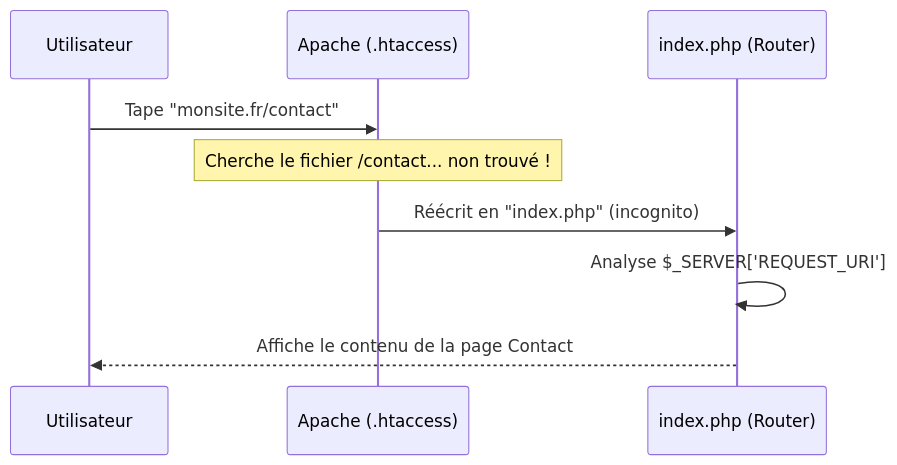
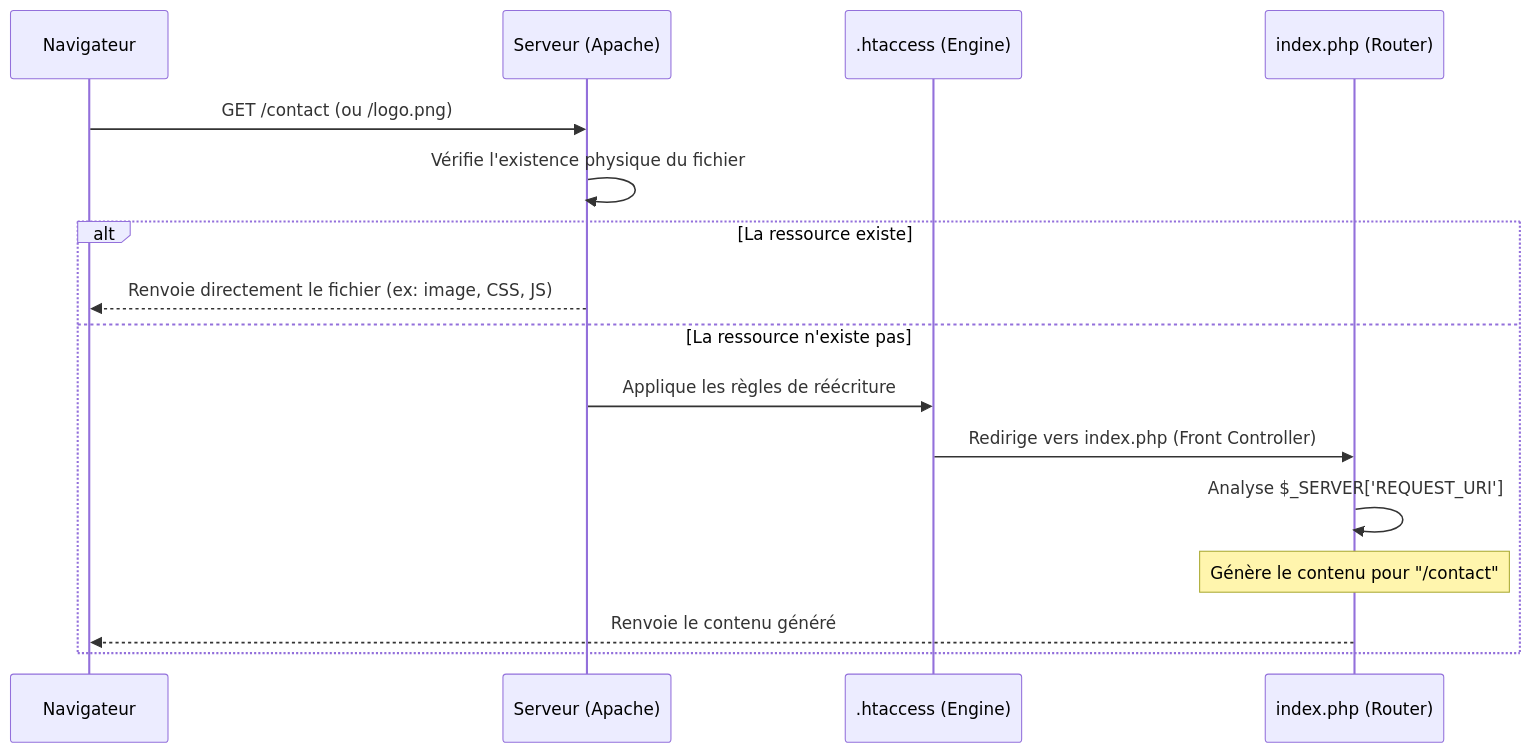
One commit to mdevoldere/edu-php-http changed the first of 4 diagrams in docs/PARCOURS-HTTP.md. Above: the diagram before and after it, drawn with Mermaid. The commit also changed other lines of this file, not shown here.

````diff
--- a/docs/PARCOURS-HTTP.md
+++ b/docs/PARCOURS-HTTP.md
@@ -5,12 +4,21 @@
 ```mermaid
 sequenceDiagram
-    participant U as Utilisateur
-    participant A as Apache (.htaccess)
+    participant N as Navigateur
+    participant S as Serveur (Apache)
+    participant A as .htaccess (Engine)
     participant P as index.php (Router)
 
-    U->>A: Tape "monsite.fr/contact"
-    Note over A: Cherche le fichier /contact... non trouvé !
-    A->>P: Réécrit en "index.php" (incognito)
-    P->>P: Analyse $_SERVER['REQUEST_URI']
-    P-->>U: Affiche le contenu de la page Contact
+    N->>S: GET /contact (ou /logo.png)
+    
+    S->>S: Vérifie l'existence physique du fichier
+    
+    alt La ressource existe
+        S-->>N: Renvoie directement le fichier (ex: image, CSS, JS)
+    else La ressource n'existe pas 
+        S->>A: Applique les règles de réécriture
+        A->>P: Redirige vers index.php (Front Controller)
+        P->>P: Analyse $_SERVER['REQUEST_URI']
+        Note over P: Génère le contenu pour "/contact"
+        P-->>N: Renvoie le contenu généré
+    end
 ```
````
